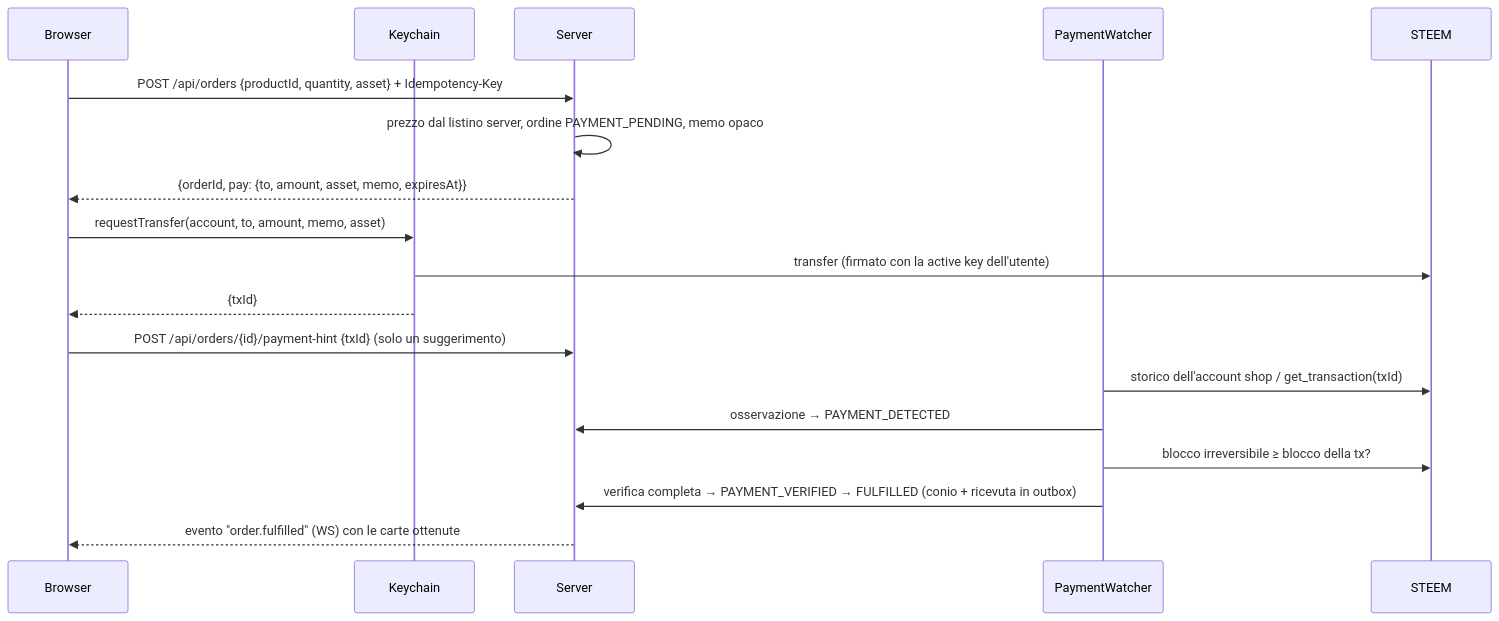
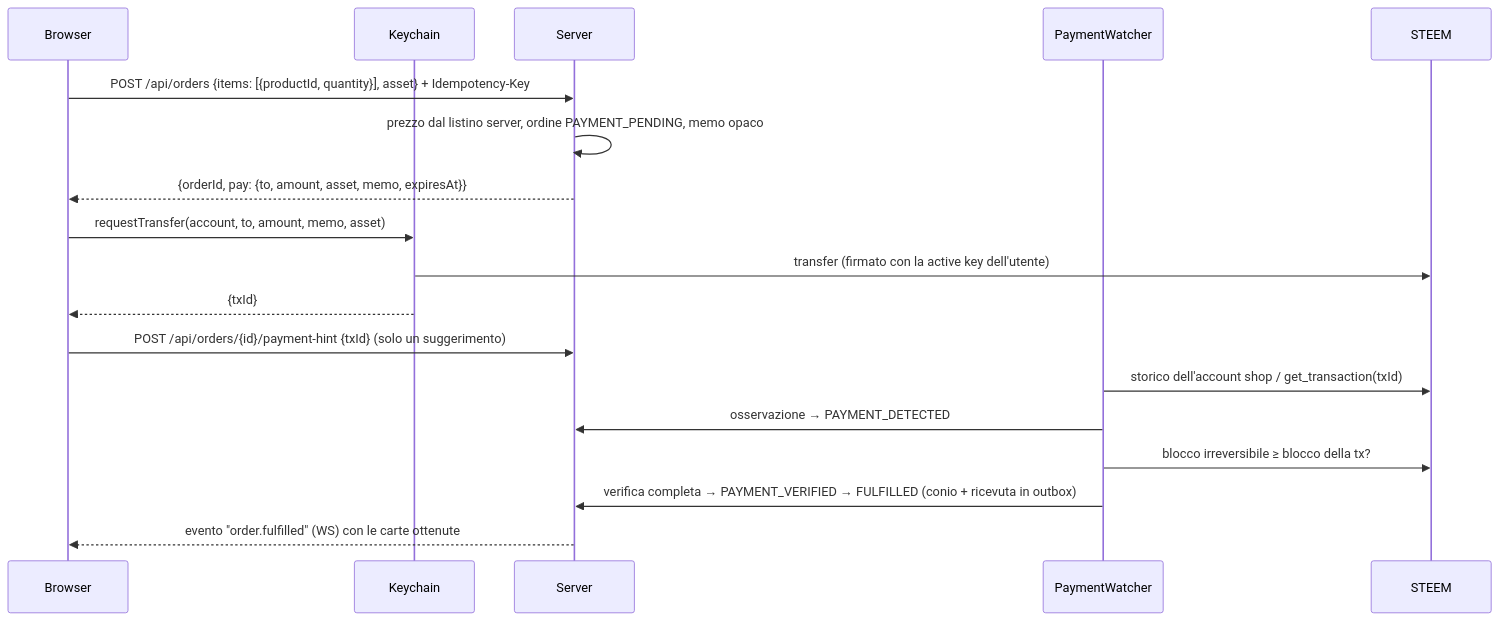
Before and after one commit to davvoz/magic8-tcg: the fifth of 6 diagrams in docs/tcg/01-architettura.md, drawn with Mermaid. The commit also changed 38 other files, not shown here.

````diff
--- a/docs/tcg/01-architettura.md
+++ b/docs/tcg/01-architettura.md
@@ -339,20 +339,20 @@
 ```mermaid
 sequenceDiagram
   participant B as Browser
   participant K as Keychain
   participant S as Server
   participant W as PaymentWatcher
   participant C as STEEM
-  B->>S: POST /api/orders {productId, quantity, asset} + Idempotency-Key
+  B->>S: POST /api/orders {items: [{productId, quantity}], asset} + Idempotency-Key
   S->>S: prezzo dal listino server, ordine PAYMENT_PENDING, memo opaco
   S-->>B: {orderId, pay: {to, amount, asset, memo, expiresAt}}
   B->>K: requestTransfer(account, to, amount, memo, asset)
   K->>C: transfer (firmato con la active key dell'utente)
   K-->>B: {txId}
   B->>S: POST /api/orders/{id}/payment-hint {txId}   (solo un suggerimento)
   W->>C: storico dell'account shop / get_transaction(txId)
   W->>S: osservazione → PAYMENT_DETECTED
   W->>C: blocco irreversibile ≥ blocco della tx?
   W->>S: verifica completa → PAYMENT_VERIFIED → FULFILLED (conio + ricevuta in outbox)
   S-->>B: evento "order.fulfilled" (WS) con le carte ottenute
 ```
````
